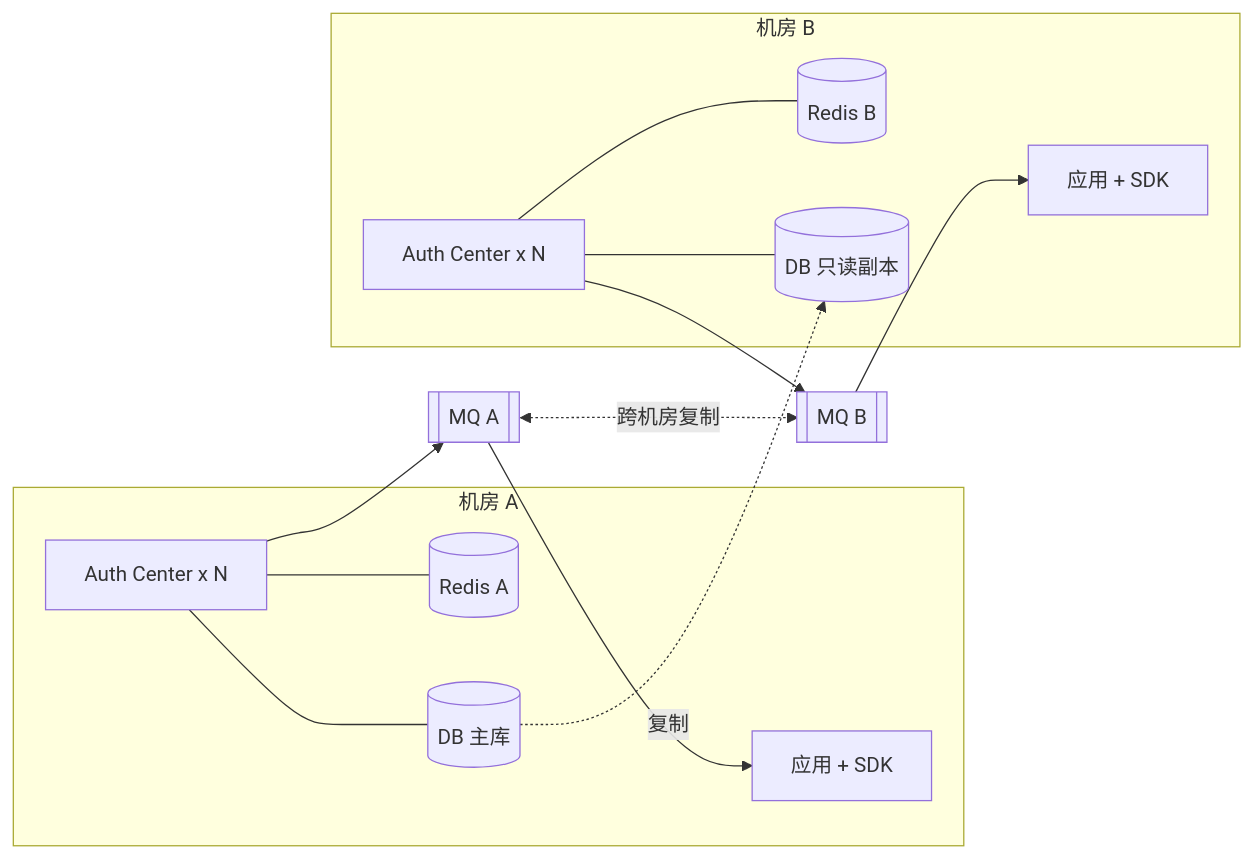
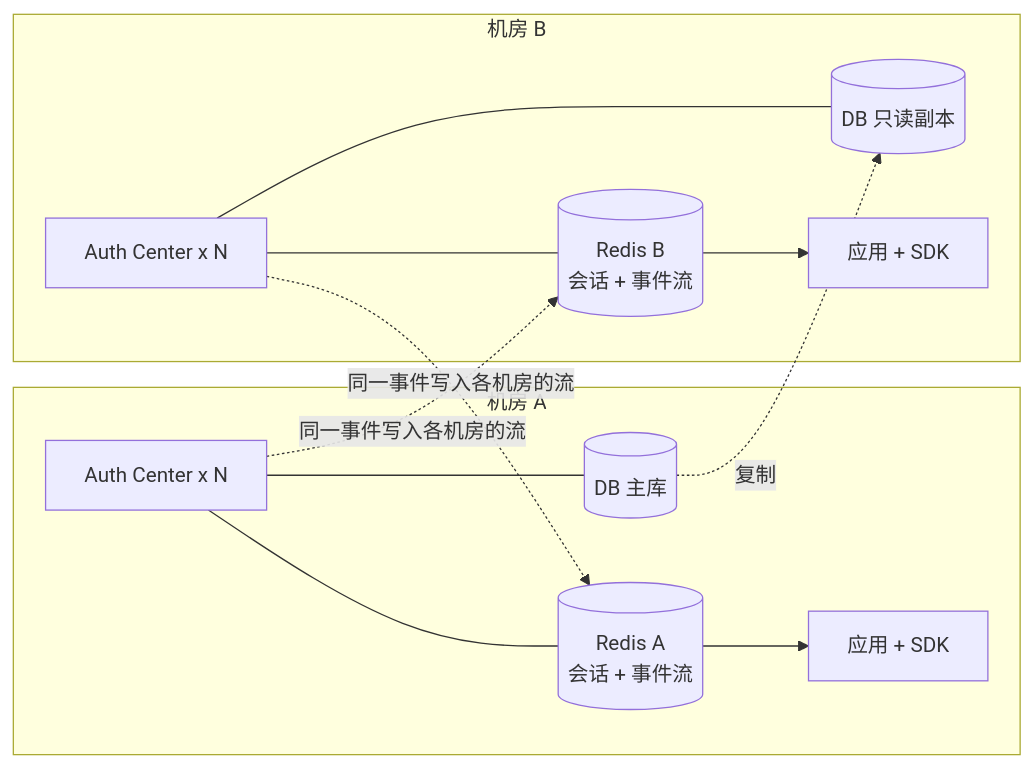
Before and after one commit to ygao0928/unified-auth: the fifth of 6 diagrams in docs/design.md, drawn with Mermaid. The commit also changed other lines of this file and 4 other files, not shown here.

````diff
--- a/docs/design.md
+++ b/docs/design.md
@@ -386,17 +392,18 @@
 ```mermaid
 flowchart LR
     subgraph DC1["机房 A"]
-        AC1[Auth Center x N] --- R1[(Redis A)]
+        AC1[Auth Center x N] --- R1[(Redis A<br/>会话 + 事件流)]
         AC1 --- DBP[(DB 主库)]
         APP1[应用 + SDK]
     end
     subgraph DC2["机房 B"]
-        AC2[Auth Center x N] --- R2[(Redis B)]
+        AC2[Auth Center x N] --- R2[(Redis B<br/>会话 + 事件流)]
         AC2 --- DBR[(DB 只读副本)]
         APP2[应用 + SDK]
     end
     DBP -. 复制 .-> DBR
-    MQ1[[MQ A]] <-. 跨机房复制 .-> MQ2[[MQ B]]
-    AC1 --> MQ1 --> APP1
-    AC2 --> MQ2 --> APP2
+    AC1 -. 同一事件写入各机房的流 .-> R2
+    AC2 -. 同一事件写入各机房的流 .-> R1
+    R1 --> APP1
+    R2 --> APP2
 ```
````
